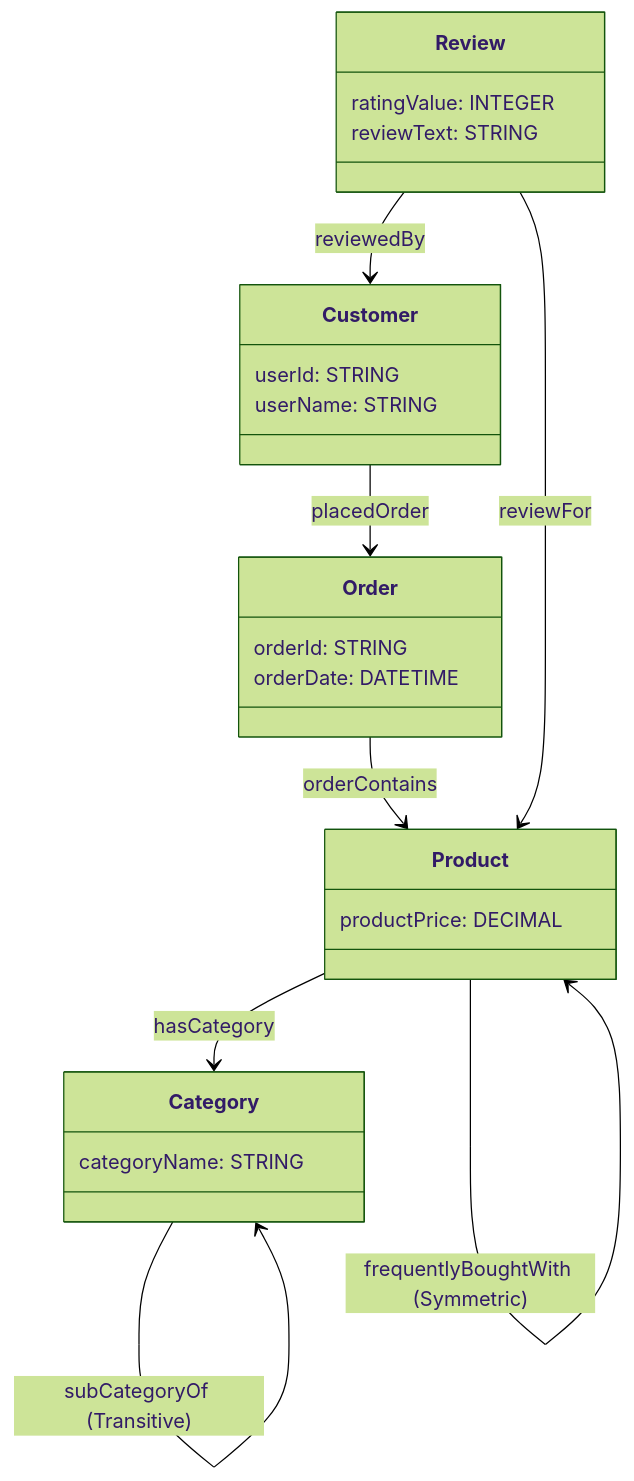
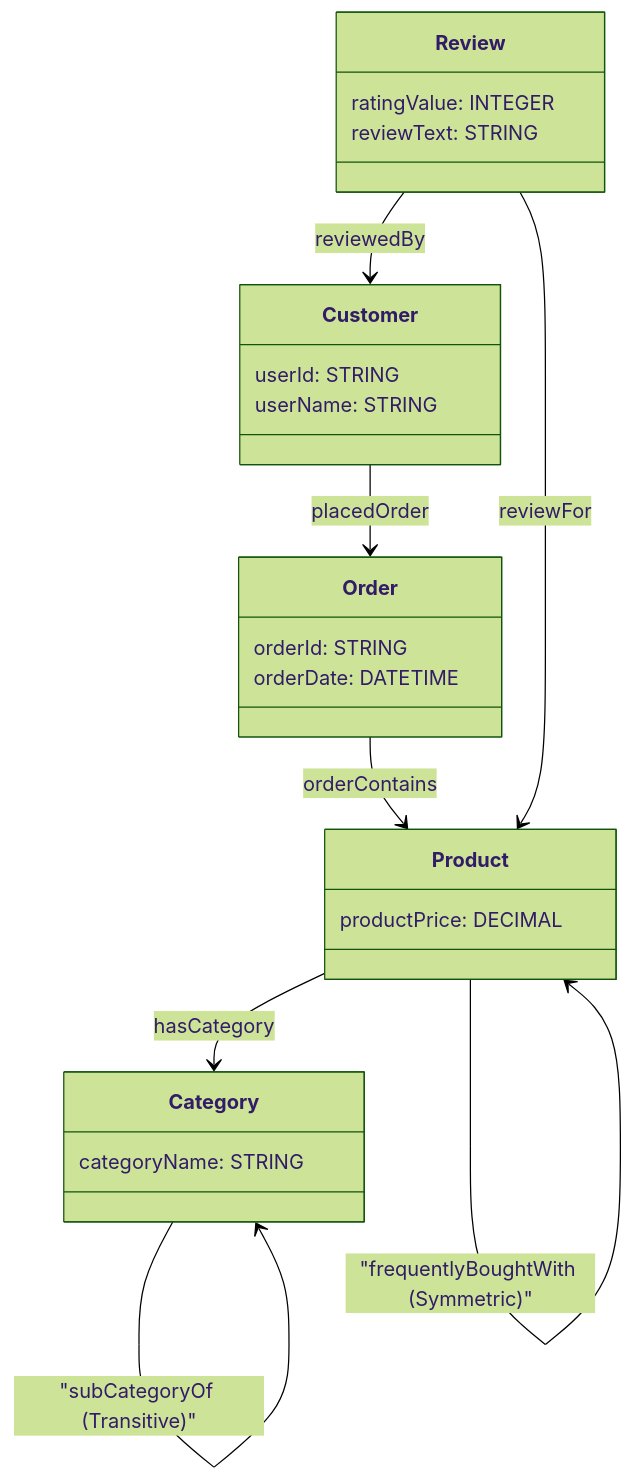
The seventh of 12 diagrams in examples/README.md (hasseeb-ai/rdf-shacl-to-spanner-graph), drawn with Mermaid (forest theme) before and after one commit. The commit also changed other lines of this file, not shown here.

````diff
--- a/examples/README.md
+++ b/examples/README.md
@@ -236,30 +236,30 @@
 ```mermaid
 classDiagram
   direction TD
   class Customer {
     userId: STRING
     userName: STRING
   }
   class Order {
     orderId: STRING
     orderDate: DATETIME
   }
   class Product {
     productPrice: DECIMAL
   }
   class Review {
     ratingValue: INTEGER
     reviewText: STRING
   }
   class Category {
     categoryName: STRING
   }
 
   Customer --> Order : placedOrder
   Order --> Product : orderContains
   Review --> Customer : reviewedBy
   Review --> Product : reviewFor
   Product --> Category : hasCategory
-  Category --> Category : subCategoryOf (Transitive)
-  Product --> Product : frequentlyBoughtWith (Symmetric)
+  Category --> Category : "subCategoryOf (Transitive)"
+  Product --> Product : "frequentlyBoughtWith (Symmetric)"
 ```
````
